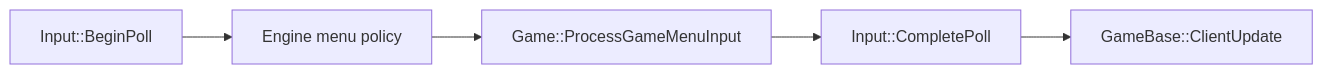
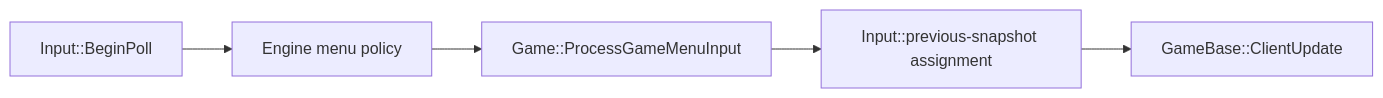
One commit to DougTanner/BrokenEngine changed the fourth of 8 diagrams in Documents/Architecture/FrameUpdatePipeline.md. Above: the diagram before and after it, drawn with Mermaid. The commit also changed other lines of this file and 328 other files, not shown here.

````diff
--- a/Documents/Architecture/FrameUpdatePipeline.md
+++ b/Documents/Architecture/FrameUpdatePipeline.md
@@ -39,5 +39,5 @@
 ```mermaid
 %%{init: {'theme': 'default'}}%%
 flowchart LR
-    beginPoll["Input::BeginPoll"] --> policy["Engine menu policy"] --> callback["Game::ProcessGameMenuInput"] --> completePoll["Input::CompletePoll"] --> clientUpdate["GameBase::ClientUpdate"]
+    beginPoll["Input::BeginPoll"] --> policy["Engine menu policy"] --> callback["Game::ProcessGameMenuInput"] --> completePoll["Input::previous-snapshot assignment"] --> clientUpdate["GameBase::ClientUpdate"]
 ```
````
